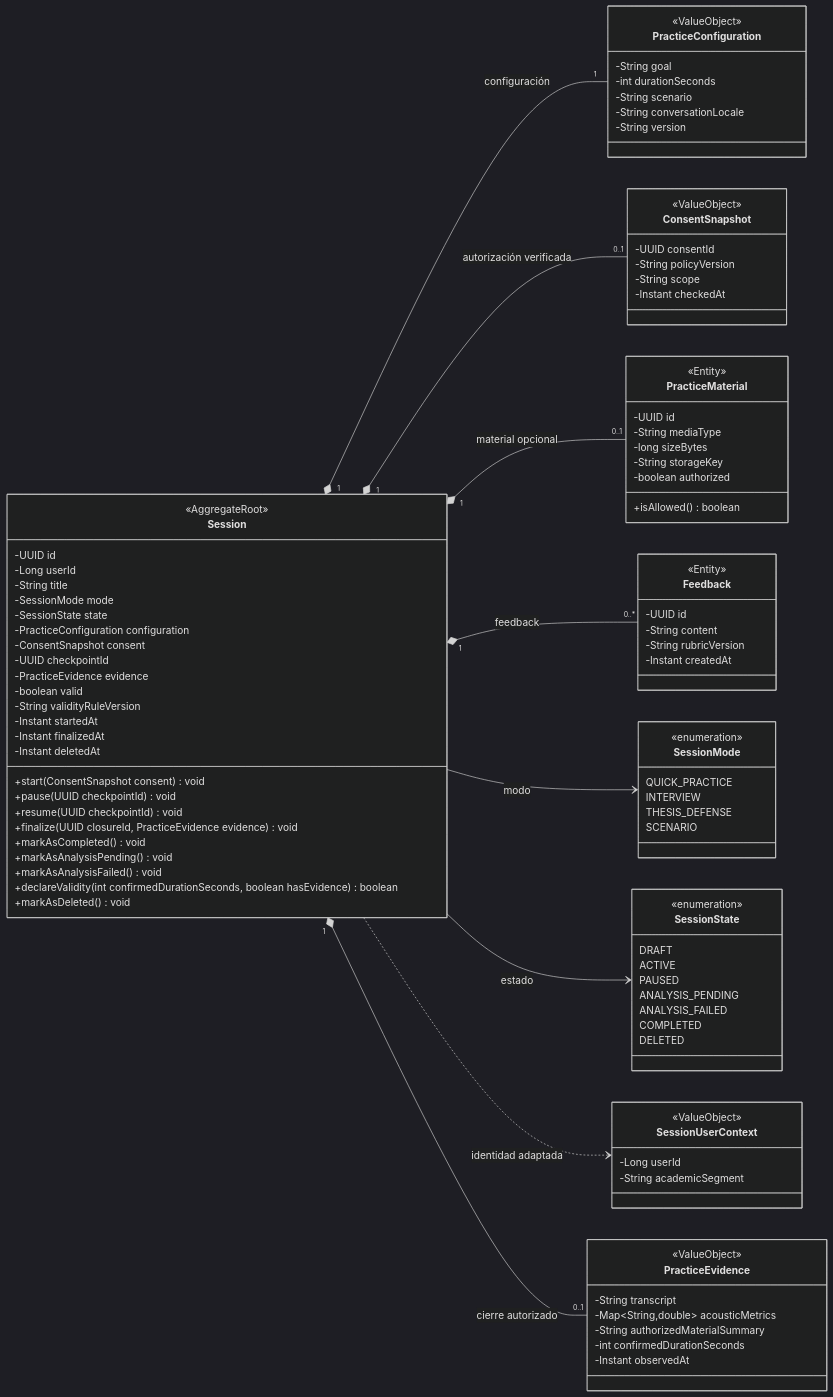
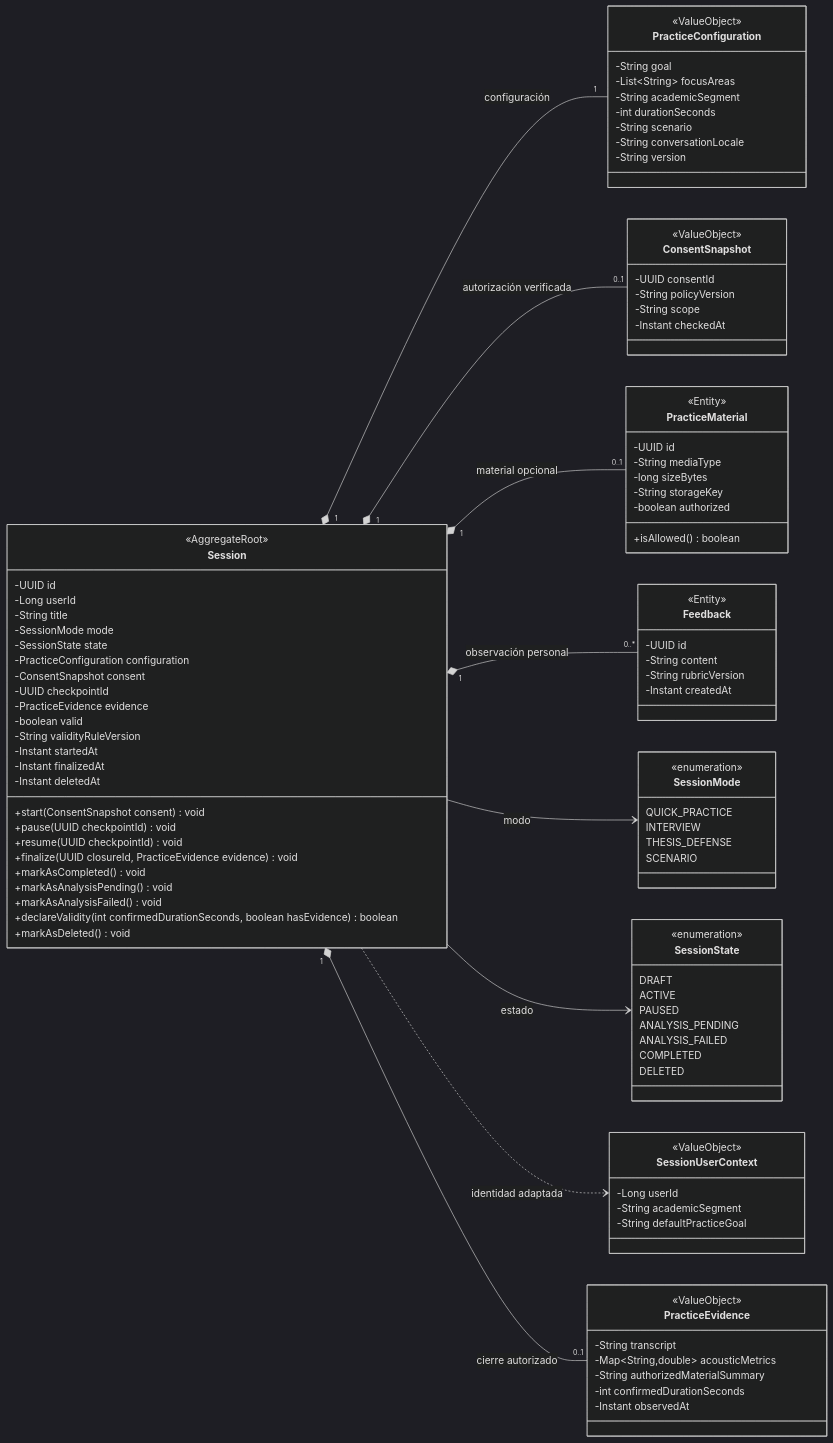
Before and after one commit to upc-pre-202620-si728-16365-thropic/talki-project-report: the diagram in assets/diagrams/tactical/04-practice-sessions-classes.mmd, drawn with Mermaid (dark theme). The commit also changed 23 other files, not shown here.

```diff
--- a/assets/diagrams/tactical/04-practice-sessions-classes.mmd
+++ b/assets/diagrams/tactical/04-practice-sessions-classes.mmd
@@ -1,98 +1,101 @@
 classDiagram
  direction LR
 class Session {
   <<AggregateRoot>>
   -UUID id
   -Long userId
   -String title
   -SessionMode mode
   -SessionState state
   -PracticeConfiguration configuration
   -ConsentSnapshot consent
   -UUID checkpointId
   -PracticeEvidence evidence
   -boolean valid
   -String validityRuleVersion
   -Instant startedAt
   -Instant finalizedAt
   -Instant deletedAt
   +start(ConsentSnapshot consent) void
   +pause(UUID checkpointId) void
   +resume(UUID checkpointId) void
   +finalize(UUID closureId, PracticeEvidence evidence) void
   +markAsCompleted() void
   +markAsAnalysisPending() void
   +markAsAnalysisFailed() void
   +declareValidity(int confirmedDurationSeconds, boolean hasEvidence) boolean
   +markAsDeleted() void
 }
 class SessionMode {
   <<enumeration>>
   QUICK_PRACTICE
   INTERVIEW
   THESIS_DEFENSE
   SCENARIO
 }
 class SessionState {
   <<enumeration>>
   DRAFT
   ACTIVE
   PAUSED
   ANALYSIS_PENDING
   ANALYSIS_FAILED
   COMPLETED
   DELETED
 }
 class PracticeConfiguration {
   <<ValueObject>>
   -String goal
+  -List~String~ focusAreas
+  -String academicSegment
   -int durationSeconds
   -String scenario
   -String conversationLocale
   -String version
 }
 class ConsentSnapshot {
   <<ValueObject>>
   -UUID consentId
   -String policyVersion
   -String scope
   -Instant checkedAt
 }
 class PracticeMaterial {
   <<Entity>>
   -UUID id
   -String mediaType
   -long sizeBytes
   -String storageKey
   -boolean authorized
   +isAllowed() boolean
 }
 class Feedback {
   <<Entity>>
   -UUID id
   -String content
   -String rubricVersion
   -Instant createdAt
 }
 class SessionUserContext {
   <<ValueObject>>
   -Long userId
   -String academicSegment
+  -String defaultPracticeGoal
 }
 Session "1" *-- "1" PracticeConfiguration : configuración
 Session "1" *-- "0..1" ConsentSnapshot : autorización verificada
 Session "1" *-- "0..1" PracticeMaterial : material opcional
-Session "1" *-- "0..*" Feedback : feedback
+Session "1" *-- "0..*" Feedback : observación personal
 Session --> SessionMode : modo
 Session --> SessionState : estado
 Session ..> SessionUserContext : identidad adaptada
 
 class PracticeEvidence {
   <<ValueObject>>
   -String transcript
   -Map~String,double~ acousticMetrics
   -String authorizedMaterialSummary
   -int confirmedDurationSeconds
   -Instant observedAt
 }
 Session "1" *-- "0..1" PracticeEvidence : cierre autorizado
```
